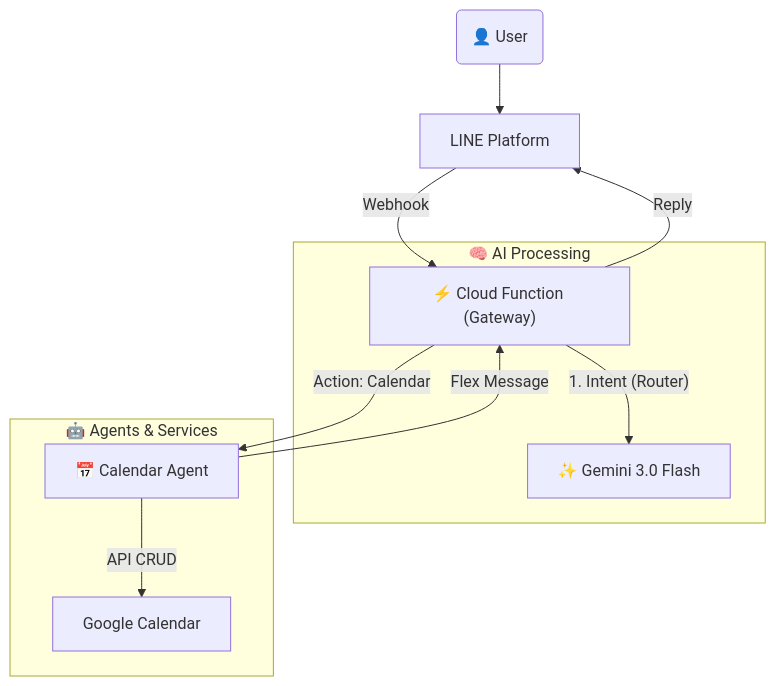
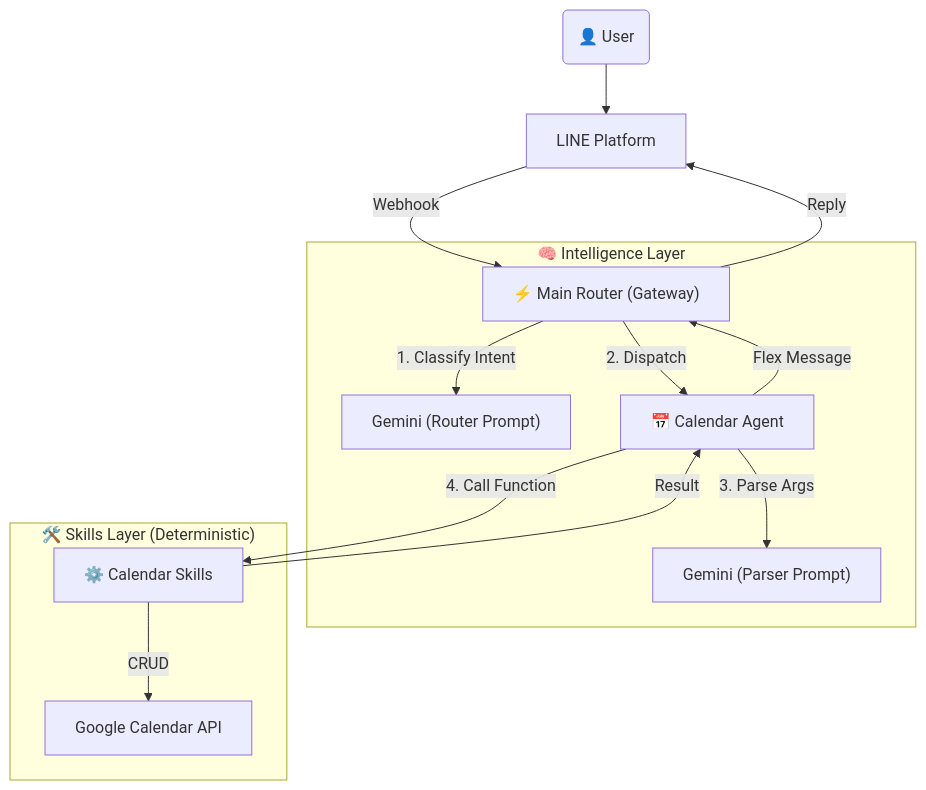
Before and after one commit to YenChengLai/ai-butler-python: the diagram in README.en.md, drawn with Mermaid. The commit also changed other lines of this file and 2 other files, not shown here.

Commit message:
docs: update main README structure to reflect skills architecture

````diff
--- a/README.en.md
+++ b/README.en.md
@@ -25,17 +30,20 @@
 ```mermaid
 graph TD
     User("👤 User") --> Line["LINE Platform"]
-    Line --Webhook--> Gateway["⚡ Cloud Function (Gateway)"]
+    Line --Webhook--> Gateway["⚡ Main Router (Gateway)"]
 
-    subgraph "🧠 AI Processing"
-        Gateway --"1. Intent (Router)"--> Gemini["✨ Gemini 3.0 Flash"]
+    subgraph "🧠 Intelligence Layer"
+        Gateway --"1. Classify Intent"--> RouterModel["Gemini (Router Prompt)"]
+        Gateway --"2. Dispatch"--> CalAgent["📅 Calendar Agent"]
+        CalAgent --"3. Parse Args"--> AgentModel["Gemini (Parser Prompt)"]
     end
 
-    subgraph "🤖 Agents & Services"
-        Gateway --"Action: Calendar"--> CalAgent["📅 Calendar Agent"]
-        CalAgent --"API CRUD"--> GCal["Google Calendar"]
+    subgraph "🛠️ Skills Layer (Deterministic)"
+        CalAgent --"4. Call Function"--> Skill["⚙️ Calendar Skills"]
+        Skill --"CRUD"--> GCal["Google Calendar API"]
     end
 
+    Skill --"Result"--> CalAgent
     CalAgent --"Flex Message"--> Gateway
     Gateway --"Reply"--> Line
 ```
````
